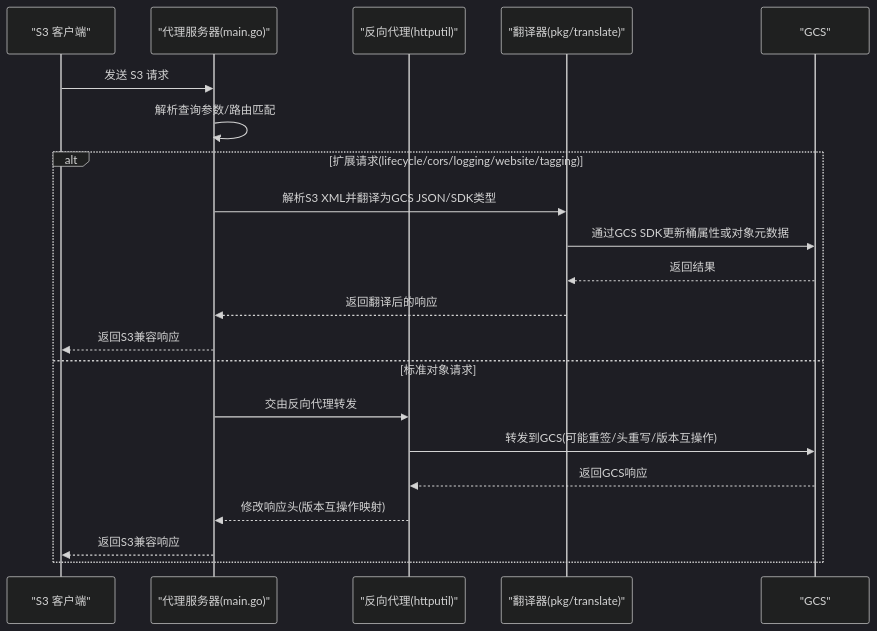
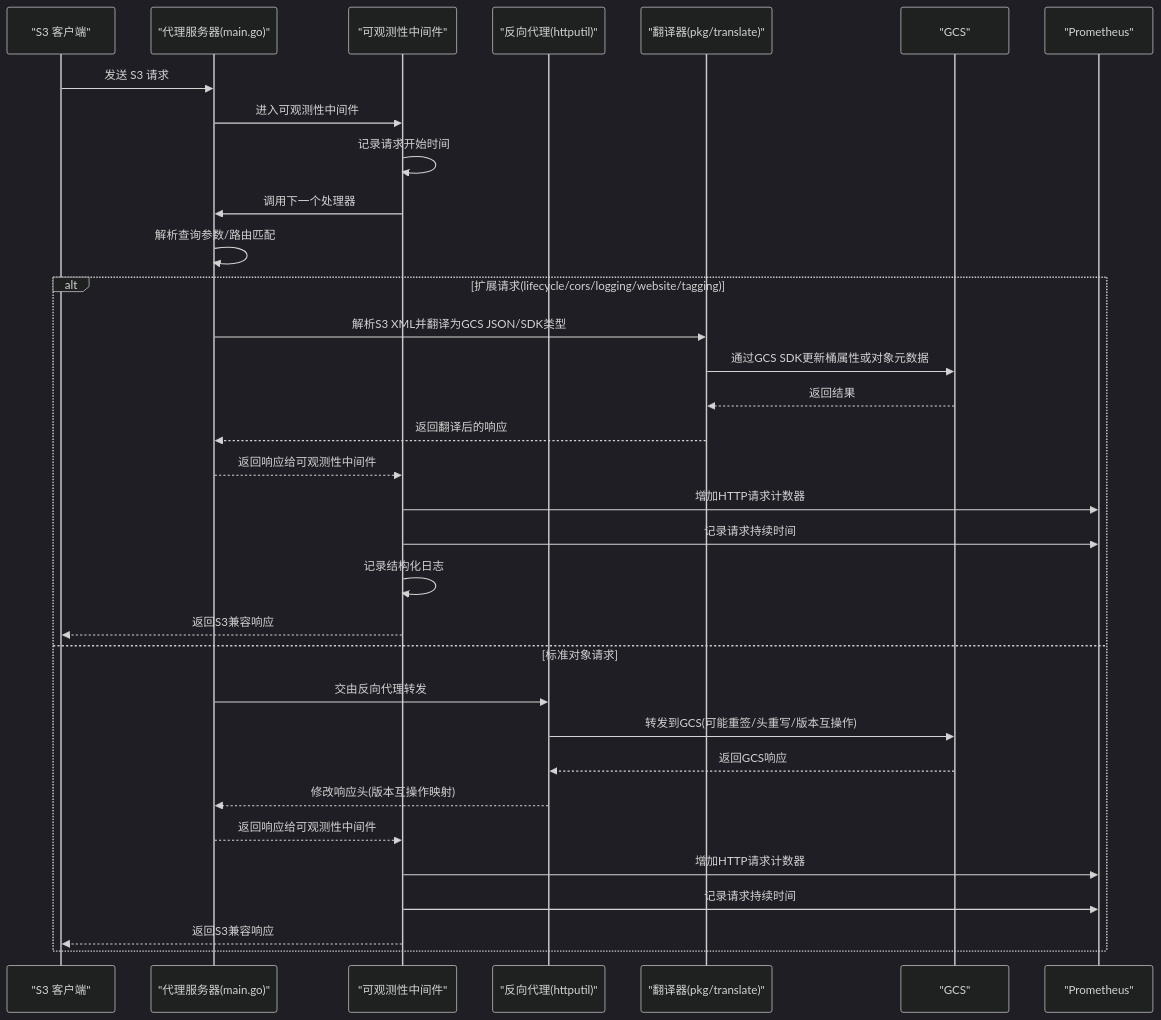
Before and after one commit to flying1574/S3Proxy4GCS: the second of 11 diagrams in .qoder/repowiki/zh/content/项目概述/技术架构.md, drawn with Mermaid (dark theme). The commit also changed other lines of this file and 5 other files, not shown here.

````diff
--- a/.qoder/repowiki/zh/content/项目概述/技术架构.md
+++ b/.qoder/repowiki/zh/content/项目概述/技术架构.md
@@ -113,23 +136,35 @@
 ```mermaid
 sequenceDiagram
 participant C as "S3 客户端"
 participant P as "代理服务器(main.go)"
+participant OM as "可观测性中间件"
 participant RP as "反向代理(httputil)"
 participant TR as "翻译器(pkg/translate)"
 participant G as "GCS"
+participant M as "Prometheus"
 C->>P : 发送 S3 请求
+P->>OM : 进入可观测性中间件
+OM->>OM : 记录请求开始时间
+OM->>P : 调用下一个处理器
 P->>P : 解析查询参数/路由匹配
 alt 扩展请求(lifecycle/cors/logging/website/tagging)
 P->>TR : 解析S3 XML并翻译为GCS JSON/SDK类型
 TR->>G : 通过GCS SDK更新桶属性或对象元数据
 G-->>TR : 返回结果
 TR-->>P : 返回翻译后的响应
-P-->>C : 返回S3兼容响应
+P-->>OM : 返回响应给可观测性中间件
+OM->>M : 增加HTTP请求计数器
+OM->>M : 记录请求持续时间
+OM->>OM : 记录结构化日志
+OM-->>C : 返回S3兼容响应
 else 标准对象请求
 P->>RP : 交由反向代理转发
 RP->>G : 转发到GCS(可能重签/头重写/版本互操作)
 G-->>RP : 返回GCS响应
 RP-->>P : 修改响应头(版本互操作映射)
-P-->>C : 返回S3兼容响应
+P-->>OM : 返回响应给可观测性中间件
+OM->>M : 增加HTTP请求计数器
+OM->>M : 记录请求持续时间
+OM-->>C : 返回S3兼容响应
 end
 ```
````
